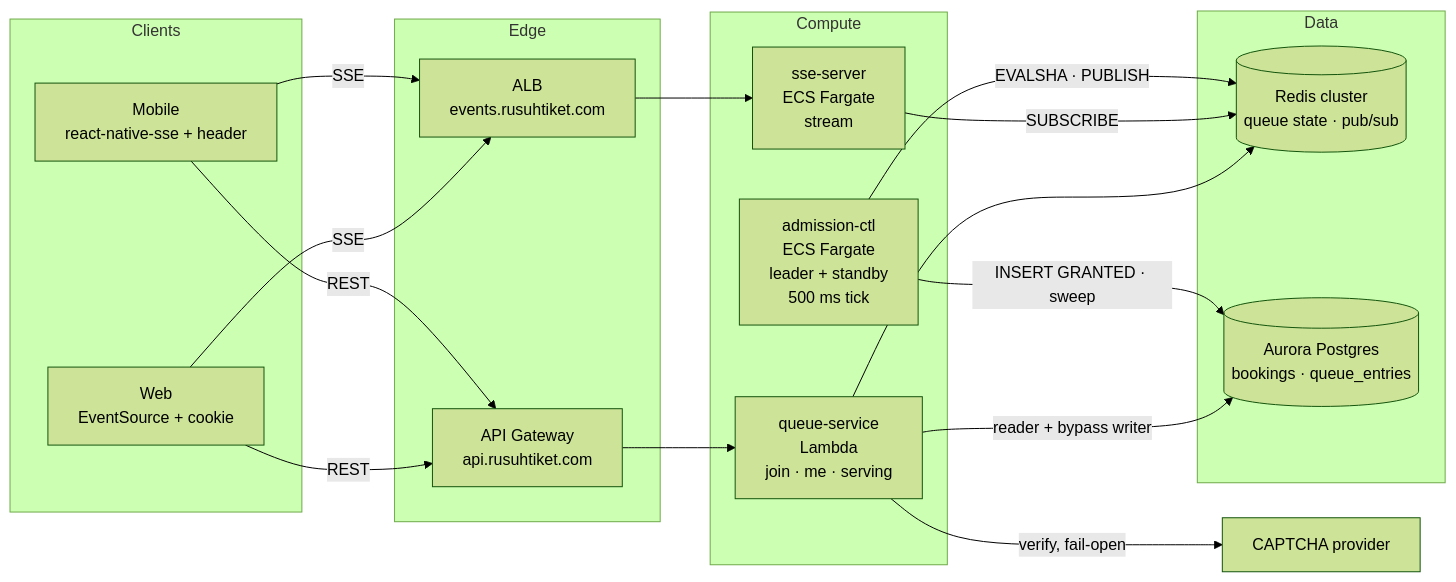
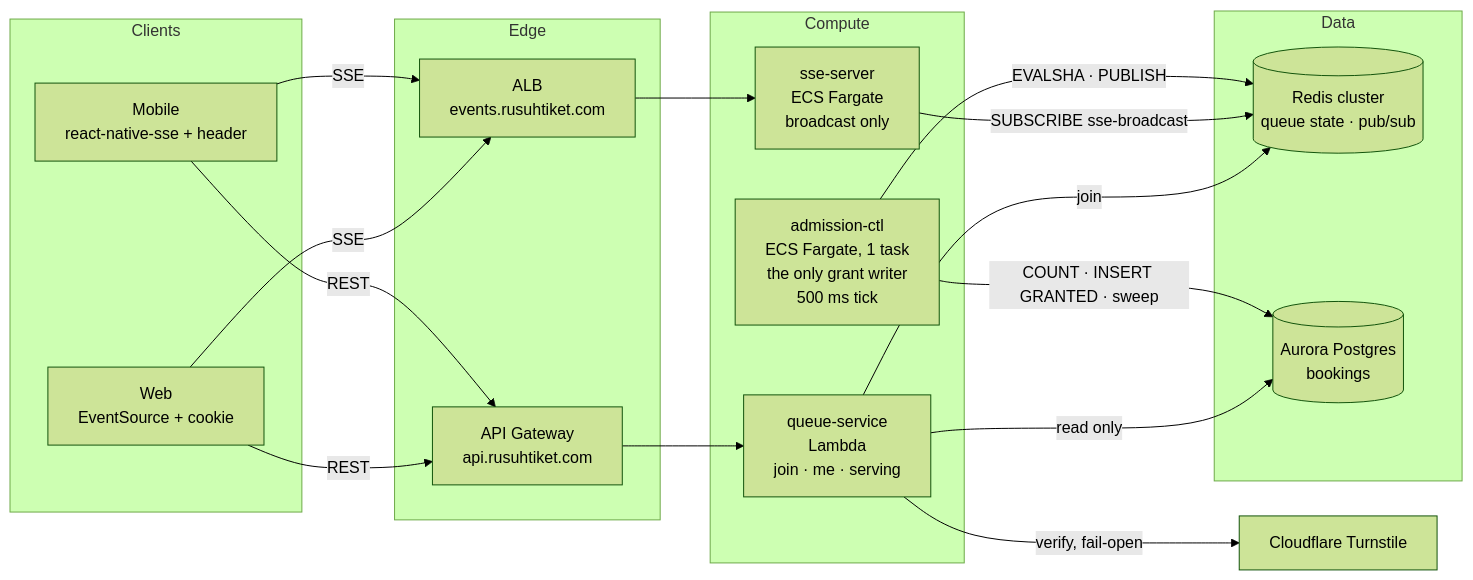
The first of 5 diagrams in docs/04-queue/README.md (PTServerJanganTumbang-BookingTicket/be-rusuh-war-ticketing), drawn with Mermaid (forest theme) before and after one commit. The commit also changed other lines of this file and 19 other files, not shown here.

````diff
--- a/docs/04-queue/README.md
+++ b/docs/04-queue/README.md
@@ -22,34 +41,34 @@
 ```mermaid
 flowchart LR
     subgraph Clients
         W[Web<br/>EventSource + cookie]
         M[Mobile<br/>react-native-sse + header]
     end
 
     subgraph Edge
         APIGW[API Gateway<br/>api.rusuhtiket.com]
         ALB[ALB<br/>events.rusuhtiket.com]
     end
 
     subgraph Compute
         Q[queue-service<br/>Lambda<br/>join · me · serving]
-        SSE[sse-server<br/>ECS Fargate<br/>stream]
-        CTL[admission-ctl<br/>ECS Fargate<br/>leader + standby<br/>500 ms tick]
+        SSE[sse-server<br/>ECS Fargate<br/>broadcast only]
+        CTL[admission-ctl<br/>ECS Fargate, 1 task<br/>the only grant writer<br/>500 ms tick]
     end
 
     subgraph Data
         R[(Redis cluster<br/>queue state · pub/sub)]
-        DB[(Aurora Postgres<br/>bookings · queue_entries)]
+        DB[(Aurora Postgres<br/>bookings)]
     end
 
-    CAP[CAPTCHA provider]
+    CAP[Cloudflare Turnstile]
 
     W & M -->|REST| APIGW --> Q
     W & M -->|SSE| ALB --> SSE
-    Q --> R
-    Q -->|reader + bypass writer| DB
+    Q -->|join| R
+    Q -->|read only| DB
     Q -->|verify, fail-open| CAP
-    SSE -->|SUBSCRIBE| R
+    SSE -->|SUBSCRIBE sse-broadcast| R
     CTL -->|EVALSHA · PUBLISH| R
-    CTL -->|INSERT GRANTED · sweep| DB
+    CTL -->|COUNT · INSERT GRANTED · sweep| DB
 ```
````
